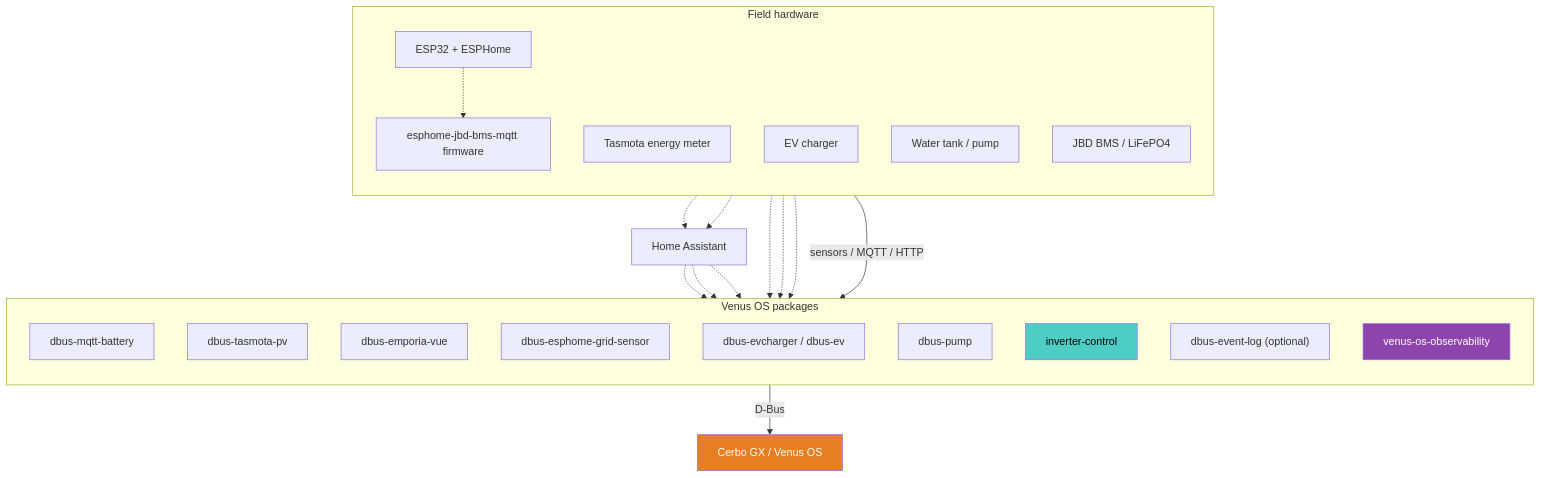
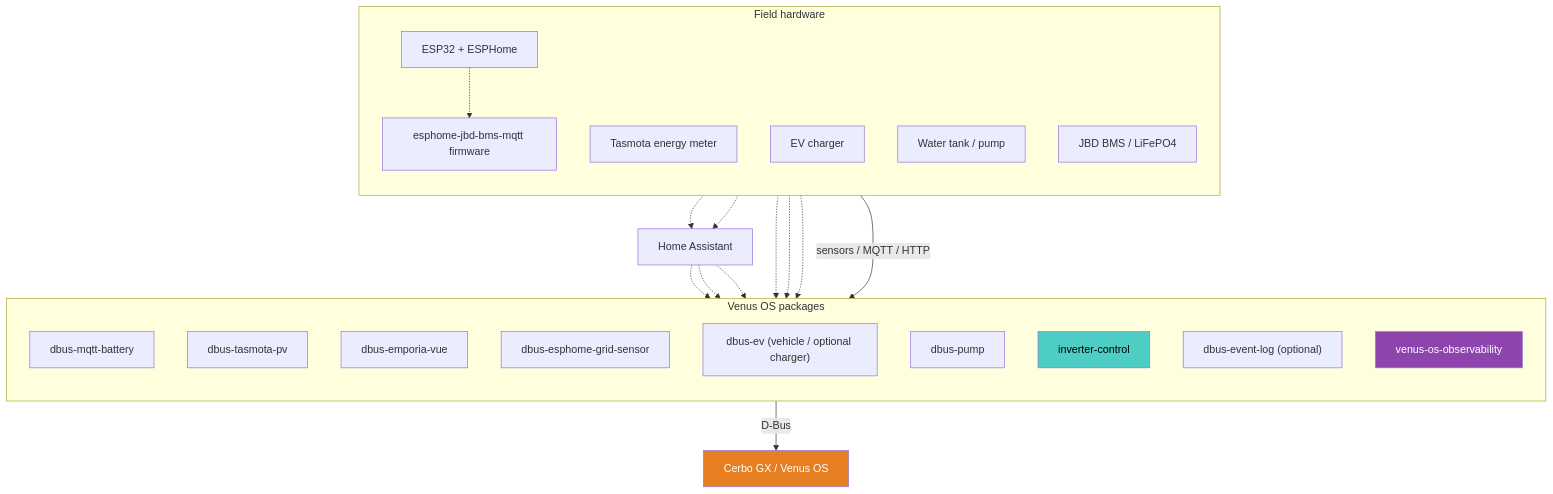
The first of 4 diagrams in docs/architecture.md (step-security-bot/victron-venus_.github), drawn with Mermaid before and after one commit. The commit also changed other lines of this file and 9 other files, not shown here.

````diff
--- a/docs/architecture.md
+++ b/docs/architecture.md
@@ -11,42 +11,42 @@
 ```mermaid
 flowchart TB
     subgraph Field["Field hardware"]
         direction TB
         ESP["ESP32 + ESPHome"]
         TAS["Tasmota energy meter"]
         EVCHG["EV charger"]
         PUMP["Water tank / pump"]
         BMS["JBD BMS / LiFePO4"]
         ESPH["esphome-jbd-bms-mqtt firmware"]
     end
 
     subgraph Pkgs["Venus OS packages"]
         direction TB
         BM["dbus-mqtt-battery"]
         PV["dbus-tasmota-pv"]
         EMP["dbus-emporia-vue"]
         GRD["dbus-esphome-grid-sensor"]
-        EV["dbus-evcharger / dbus-ev"]
+        EV["dbus-ev (vehicle / optional charger)"]
         PMP["dbus-pump"]
         IC["inverter-control"]
         EL["dbus-event-log (optional)"]
         OBS["venus-os-observability"]
     end
 
     Field -->|"sensors / MQTT / HTTP"| Pkgs
     Pkgs -->|"D-Bus"| CERBO["Cerbo GX / Venus OS"]
 
     ESP -.-> BM
     ESP -.-> ESPH
     ESPH -.-> BM
     TAS -.-> PV
     EVCHG -.-> HA["Home Assistant"]
     PUMP -.-> HA
     HA -.-> EV
     HA -.-> PMP
     HA -.-> EMP
 
     style CERBO fill:#e67e22,color:#fff
     style IC fill:#4ecdc4,color:#000
     style OBS fill:#8e44ad,color:#fff
 ```
````
